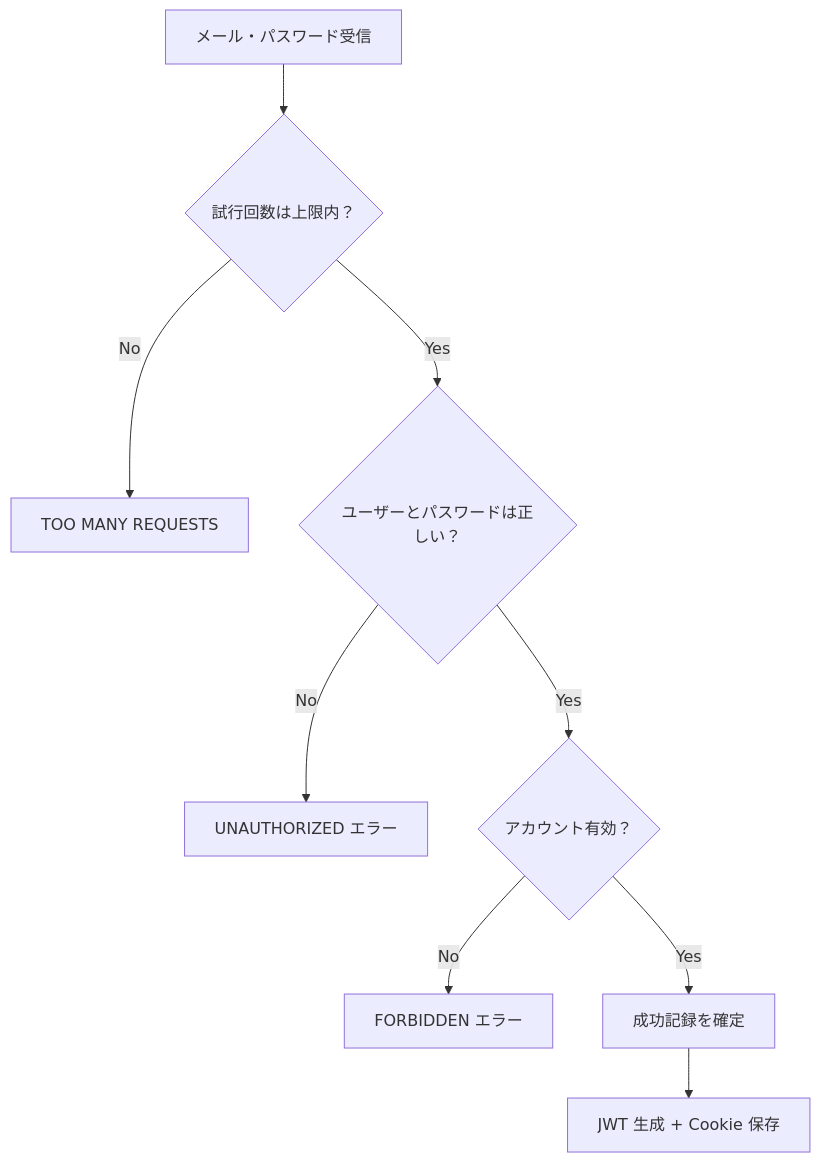
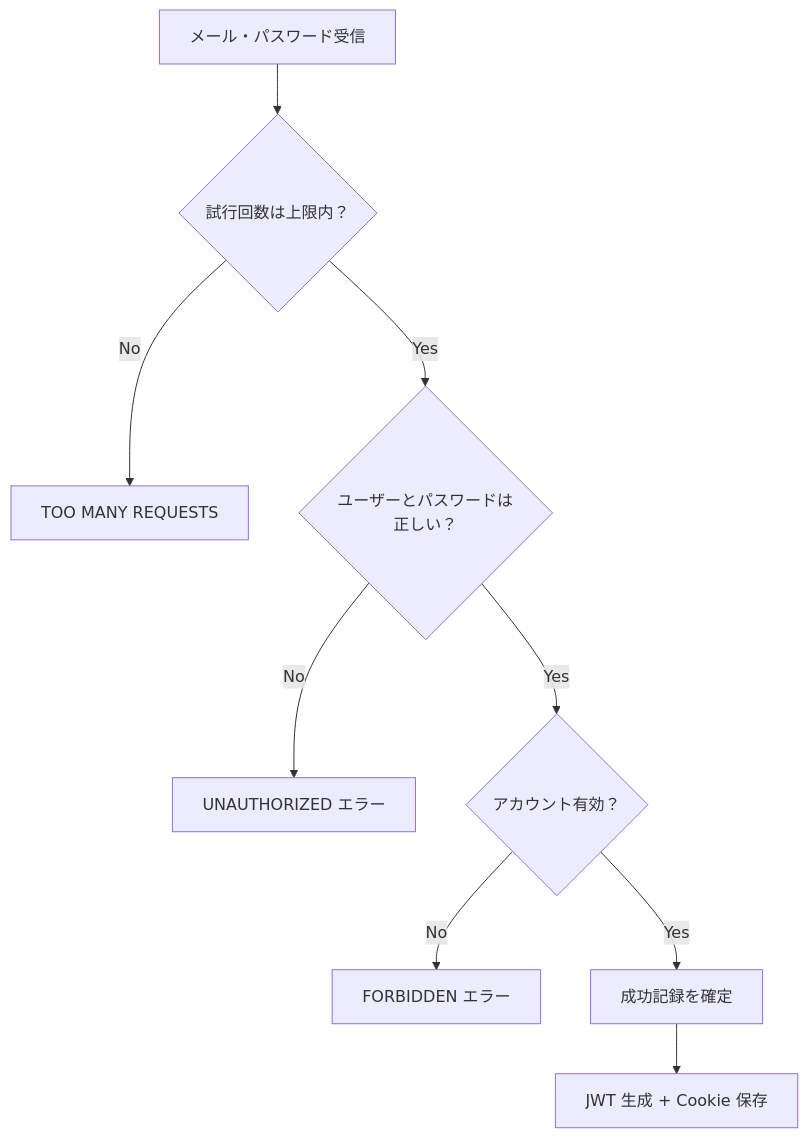
The second of 4 diagrams in material/30days-curriculum/day07_認証バックエンドを作ろう.md (kouiso/task-app), drawn with Mermaid before and after one commit. The commit also changed other lines of this file and 24 other files, not shown here.

First line of the commit message:
fix(material): Mermaid 図のファイル名キャプションとノード途中折れを直す (#457) (#718)

````diff
--- a/material/30days-curriculum/day07_認証バックエンドを作ろう.md
+++ b/material/30days-curriculum/day07_認証バックエンドを作ろう.md
@@ -899,11 +899,11 @@
 ```mermaid
 flowchart TD
     A[メール・パスワード受信] --> B{試行回数は上限内？}
     B -->|No| I[TOO MANY REQUESTS]
-    B -->|Yes| C{ユーザーとパスワードは正しい？}
+    B -->|Yes| C{ユーザーとパスワードは<br/>正しい？}
     C -->|No| E[UNAUTHORIZED エラー]
     C -->|Yes| D{アカウント有効？}
     D -->|No| F[FORBIDDEN エラー]
     D -->|Yes| G[成功記録を確定]
     G --> H[JWT 生成 + Cookie 保存]
 ```
````
